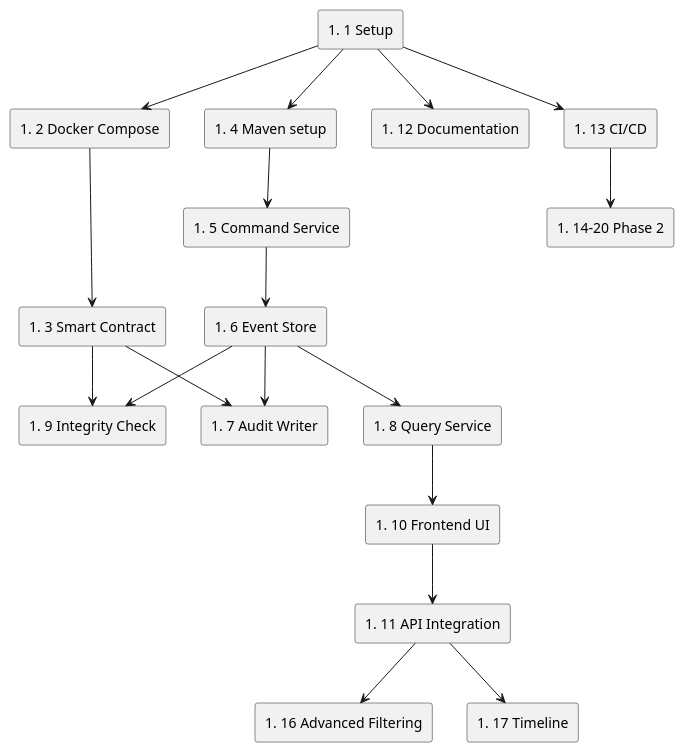
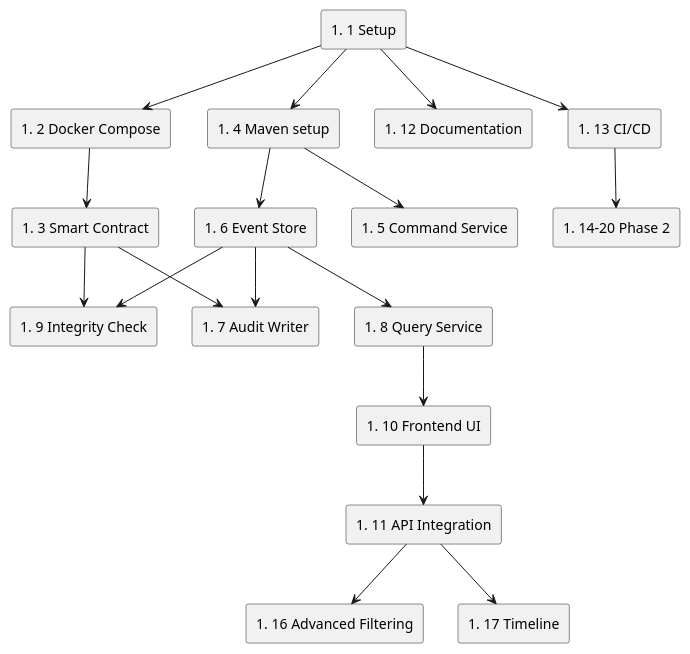
Before and after one commit to igorsatsyuk/distributed-audit-ledger: the second of 2 diagrams in docs/ROADMAP.md, drawn with PlantUML. The commit also changed 1 other file, not shown here.

Commit message:
docs: fix review findings in diagrams

````diff
--- a/docs/ROADMAP.md
+++ b/docs/ROADMAP.md
@@ -600,40 +600,40 @@
 ```plantuml
 @startuml
 top to bottom direction
 
 rectangle "#1 Setup" as I1
 rectangle "#2 Docker Compose" as I2
 rectangle "#3 Smart Contract" as I3
 rectangle "#4 Maven setup" as I4
 rectangle "#5 Command Service" as I5
 rectangle "#6 Event Store" as I6
 rectangle "#7 Audit Writer" as I7
 rectangle "#8 Query Service" as I8
 rectangle "#9 Integrity Check" as I9
 rectangle "#10 Frontend UI" as I10
 rectangle "#11 API Integration" as I11
 rectangle "#12 Documentation" as I12
 rectangle "#13 CI/CD" as I13
 rectangle "#16 Advanced Filtering" as I16
 rectangle "#17 Timeline" as I17
 rectangle "#14-20 Phase 2" as I1420
 
 I1 --> I2
 I1 --> I4
 I1 --> I12
 I1 --> I13
 I2 --> I3
 I3 --> I7
 I3 --> I9
 I4 --> I5
-I5 --> I6
+I4 --> I6
 I6 --> I8
 I6 --> I7
 I6 --> I9
 I8 --> I10
 I10 --> I11
 I11 --> I16
 I11 --> I17
 I13 --> I1420
 @enduml
 ```
````
